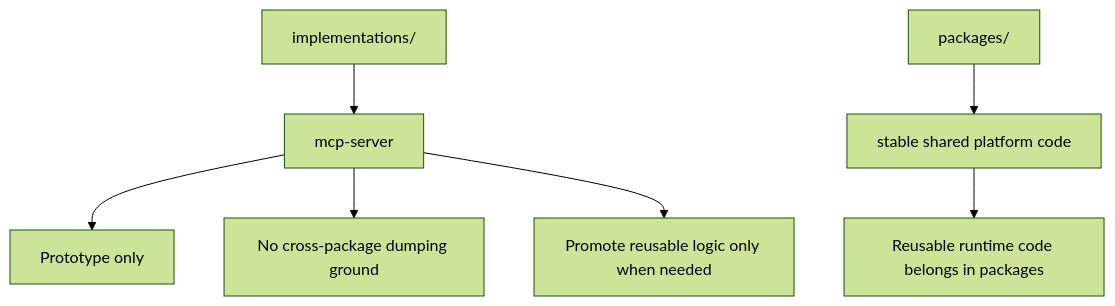
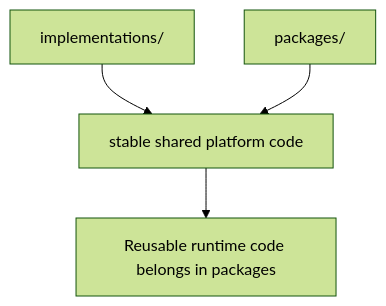
The fourth of 5 diagrams in docs/WORKSPACE_INDEX.md (MrBlue-1996/teach), drawn with Mermaid (forest theme) before and after one commit. The commit also changed other lines of this file and 30 other files, not shown here.

First line of the commit message:
chore: remove mcp-server refs, fix model name, clean workflow-lint

````diff
--- a/docs/WORKSPACE_INDEX.md
+++ b/docs/WORKSPACE_INDEX.md
@@ -130,10 +117,6 @@
 ```mermaid
 flowchart TD
-	Impl[implementations/] --> MCP[mcp-server]
-	PackagesStable[packages/] --> Stable[stable shared platform code]
-
-	MCP --> Rule1[Prototype only]
-	MCP --> Rule2[No cross-package dumping ground]
-	MCP --> Rule3[Promote reusable logic only when needed]
+	Impl[implementations/] --> Stable[stable shared platform code]
+	PackagesStable[packages/] --> Stable
 	Stable --> Rule4[Reusable runtime code belongs in packages]
 ```
````
